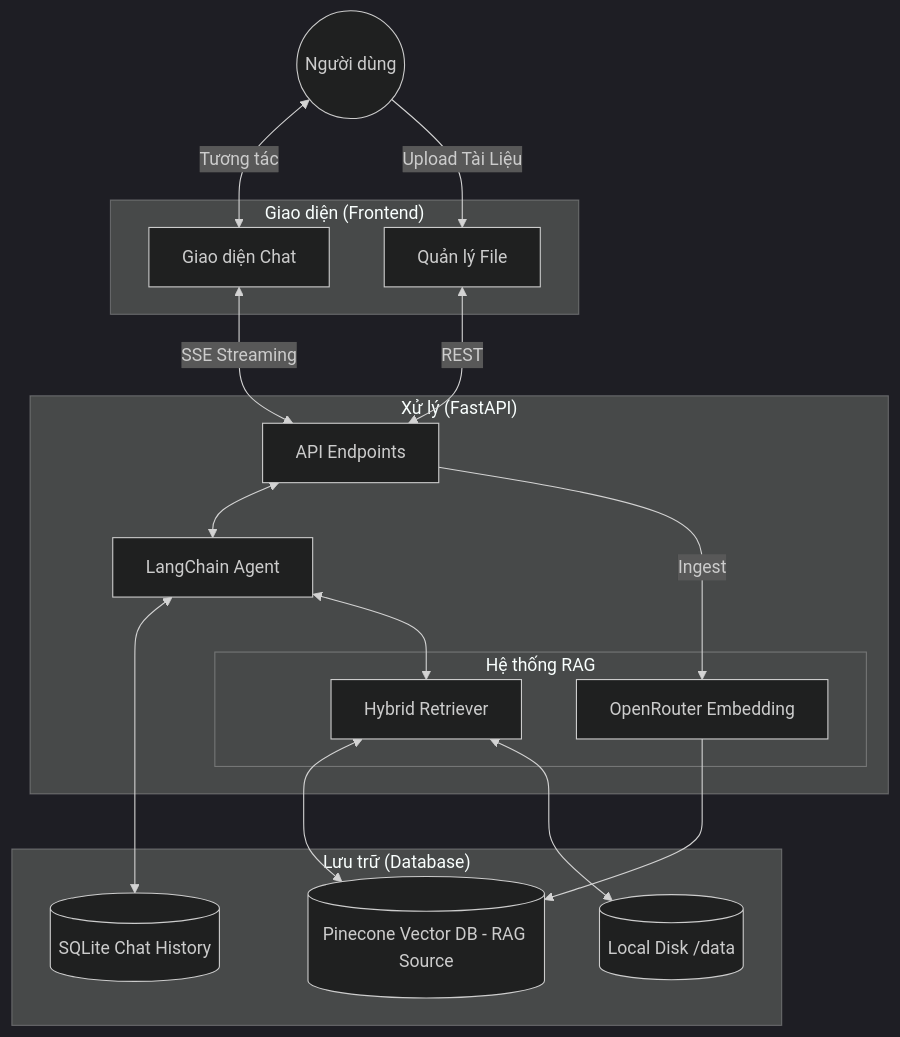
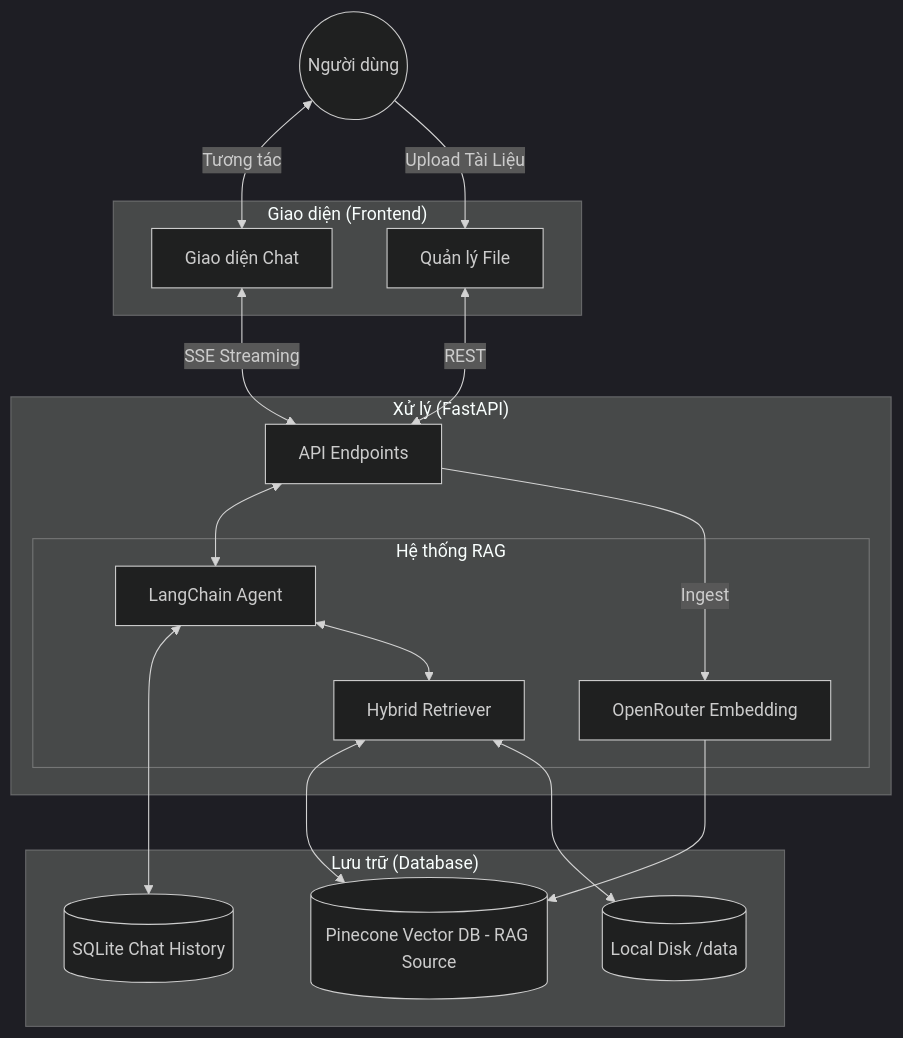
One commit to VTD0102/RAG-midterm changed the diagram in README.md. Above: the diagram before and after it, drawn with Mermaid (dark theme).

````diff
--- a/README.md
+++ b/README.md
@@ -7,41 +7,41 @@
 ```mermaid
 graph TD
     User((Người dùng))
     
     subgraph UI ["Giao diện (Frontend)"]
         ChatUI[Giao diện Chat]
         FileUI[Quản lý File]
     end
     
     subgraph Backend ["Xử lý (FastAPI)"]
         API[API Endpoints]
-        Agent[LangChain Agent]
         
         subgraph RAG ["Hệ thống RAG"]
+            Agent[LangChain Agent]
             Retriever[Hybrid Retriever]
             Embed[OpenRouter Embedding]
         end
     end
     
     subgraph Storage ["Lưu trữ (Database)"]
         Pinecone[(Pinecone Vector DB - RAG Source)]
         SQLite[(SQLite Chat History)]
         Disk[(Local Disk /data)]
     end
     
     User <-->|Tương tác| ChatUI
     User -->|Upload Tài Liệu| FileUI
     
     ChatUI <-->|SSE Streaming| API
     FileUI <-->|REST| API
     
     API <--> Agent
     Agent <--> SQLite
     Agent <--> Retriever
     
     Retriever <--> Pinecone
     Retriever <--> Disk
     
     API -->|Ingest| Embed
     Embed --> Pinecone
 ```
````
